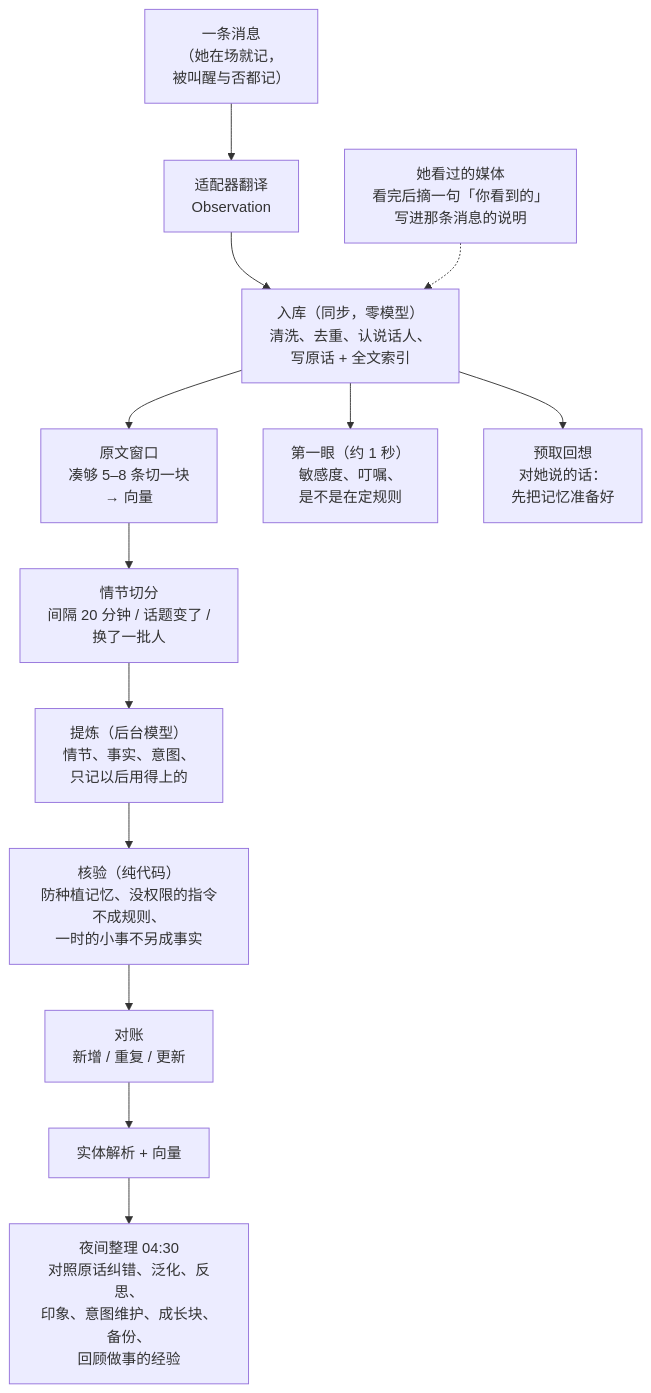
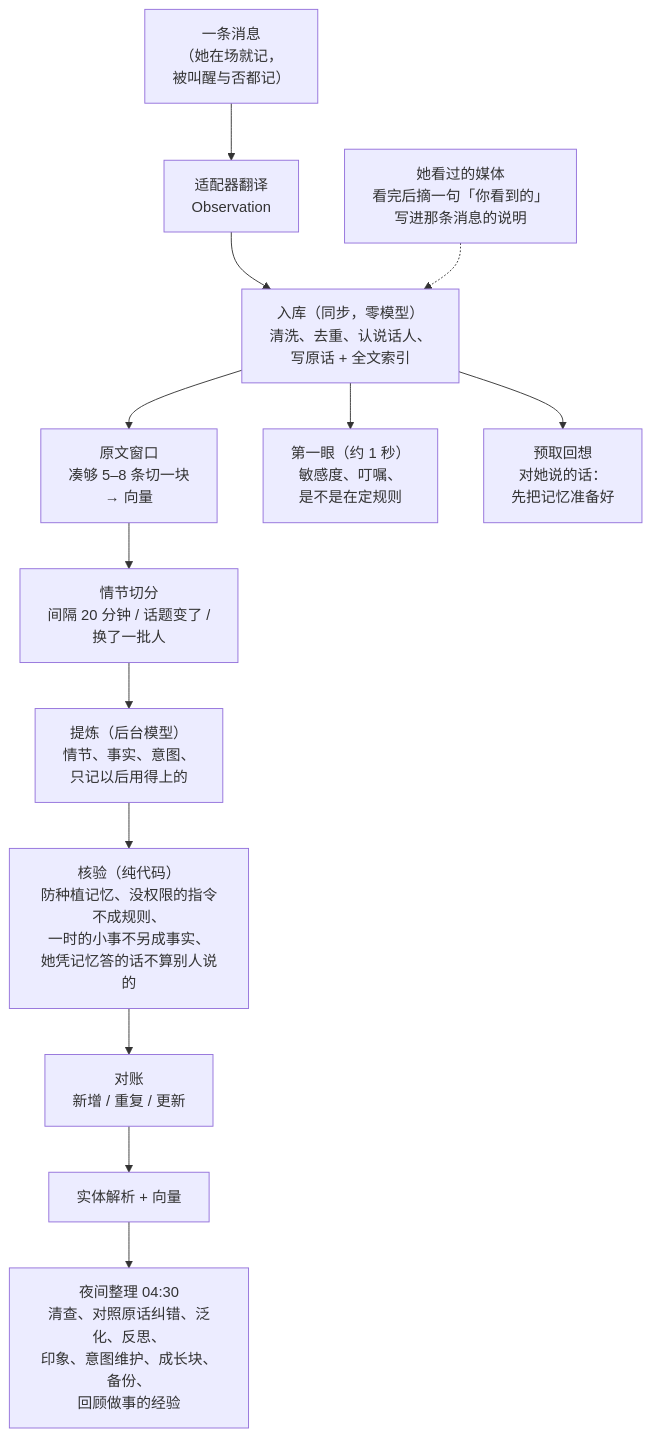
Before and after one commit to QiuYeDx/dsh-rugu: the third of 10 diagrams in docs/图解.md, drawn with Mermaid. The commit also changed other lines of this file and 17 other files, not shown here.

````diff
--- a/docs/图解.md
+++ b/docs/图解.md
@@ -122,15 +122,15 @@
 ```mermaid
 flowchart TB
   M["一条消息<br/>（她在场就记，<br/>被叫醒与否都记）"] --> T["适配器翻译<br/>Observation"]
   T --> I["入库（同步，零模型）<br/>清洗、去重、认说话人、<br/>写原话 + 全文索引"]
   I --> W["原文窗口<br/>凑够 5–8 条切一块<br/>→ 向量"]
   I --> GL["第一眼（约 1 秒）<br/>敏感度、叮嘱、<br/>是不是在定规则"]
   I --> PF["预取回想<br/>对她说的话：<br/>先把记忆准备好"]
   W --> SEG["情节切分<br/>间隔 20 分钟 / 话题变了 /<br/>换了一批人"]
   SEG --> EX["提炼（后台模型）<br/>情节、事实、意图、<br/>只记以后用得上的"]
-  EX --> V["核验（纯代码）<br/>防种植记忆、没权限的指令不成规则、<br/>一时的小事不另成事实"]
+  EX --> V["核验（纯代码）<br/>防种植记忆、没权限的指令不成规则、<br/>一时的小事不另成事实、<br/>她凭记忆答的话不算别人说的"]
   V --> R["对账<br/>新增 / 重复 / 更新"]
   R --> E2["实体解析 + 向量"]
-  E2 --> N["夜间整理 04:30<br/>对照原话纠错、泛化、反思、<br/>印象、意图维护、成长块、备份、<br/>回顾做事的经验"]
+  E2 --> N["夜间整理 04:30<br/>清查、对照原话纠错、泛化、反思、<br/>印象、意图维护、成长块、备份、<br/>回顾做事的经验"]
   MED["她看过的媒体<br/>看完后摘一句「你看到的」<br/>写进那条消息的说明"] -.-> I
 ```
````
